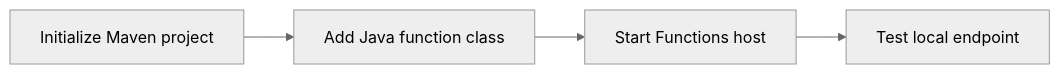
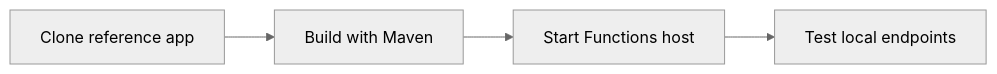
Before and after one commit to yeongseon/azure-functions-practical-guide: the diagram in docs/language-guides/java/tutorial/consumption/01-local-run.md, drawn with Mermaid (neutral theme). The commit also changed other lines of this file and 7 other files, not shown here.

````diff
--- a/docs/language-guides/java/tutorial/consumption/01-local-run.md
+++ b/docs/language-guides/java/tutorial/consumption/01-local-run.md
@@ -23,6 +37,6 @@
 ```mermaid
 flowchart LR
-    A[Initialize Maven project] --> B[Add Java function class]
+    A[Clone reference app] --> B[Build with Maven]
     B --> C[Start Functions host]
-    C --> D[Test local endpoint]
+    C --> D[Test local endpoints]
 ```
````
